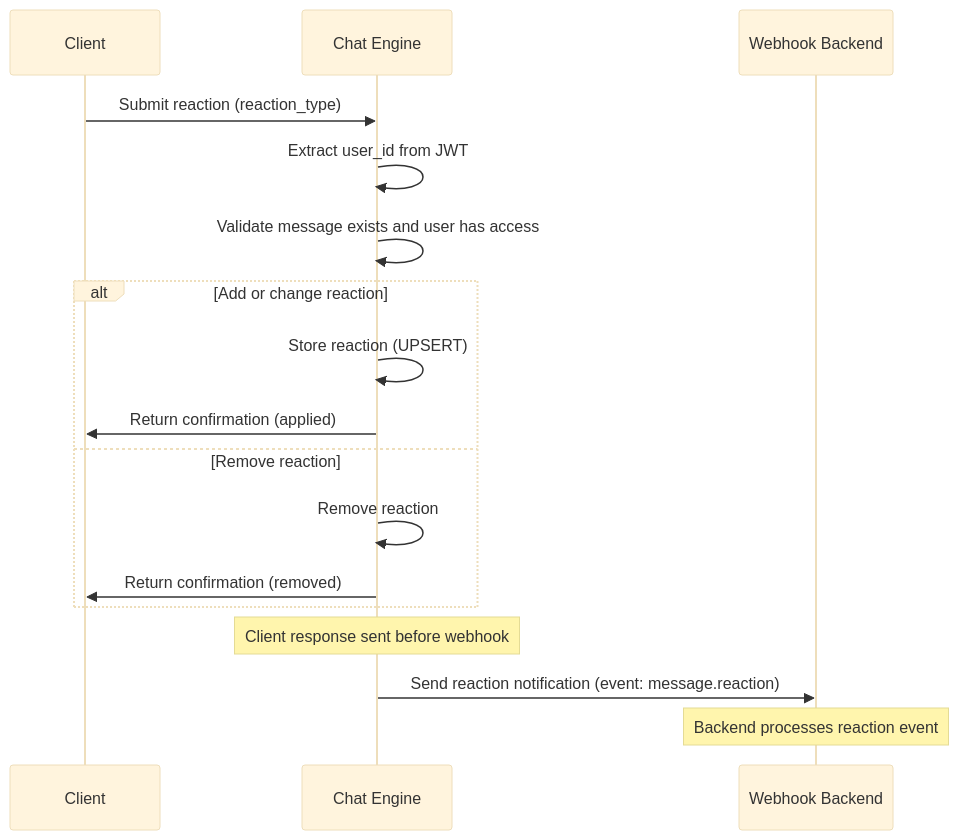
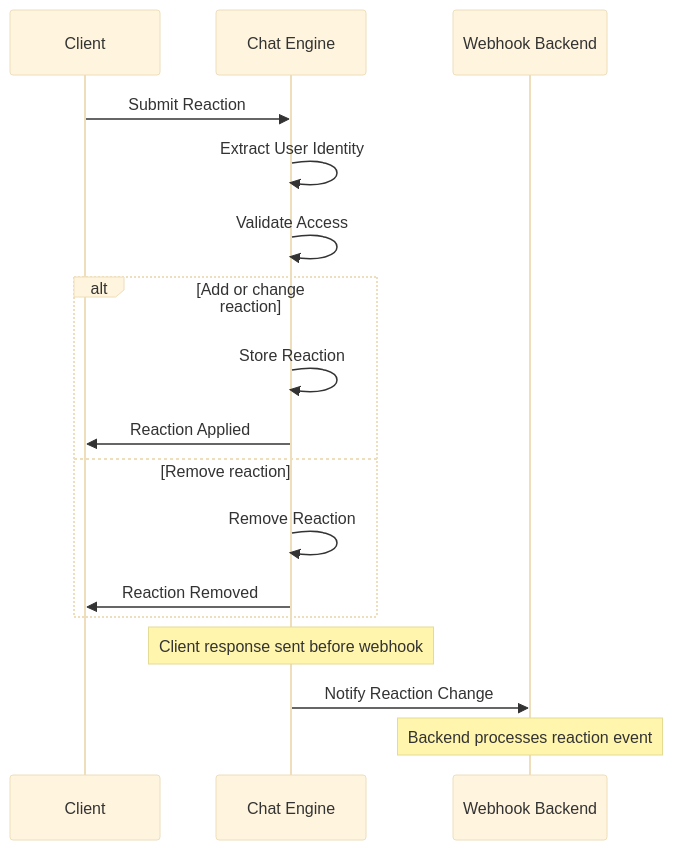
One commit to hypernetix/hyperspot changed diagram 15 of 16 in modules/chat_engine/DESIGN.md. Above: the diagram before and after it, drawn with Mermaid (base theme). The commit also changed other lines of this file and 25 other files, not shown here.

````diff
--- a/modules/chat_engine/DESIGN.md
+++ b/modules/chat_engine/DESIGN.md
@@ -871,23 +823,23 @@
 ```mermaid
 sequenceDiagram
     participant C as Client
     participant CE as Chat Engine
     participant WH as Webhook Backend
 
-    C->>CE: Submit reaction (reaction_type)
-    CE->>CE: Extract user_id from JWT
-    CE->>CE: Validate message exists and user has access
+    C->>CE: Submit Reaction
+    CE->>CE: Extract User Identity
+    CE->>CE: Validate Access
 
     alt Add or change reaction
-        CE->>CE: Store reaction (UPSERT)
-        CE->>C: Return confirmation (applied)
+        CE->>CE: Store Reaction
+        CE->>C: Reaction Applied
     else Remove reaction
-        CE->>CE: Remove reaction
-        CE->>C: Return confirmation (removed)
+        CE->>CE: Remove Reaction
+        CE->>C: Reaction Removed
     end
 
     Note over CE: Client response sent before webhook
 
-    CE->>WH: Send reaction notification (event: message.reaction)
+    CE->>WH: Notify Reaction Change
     Note over WH: Backend processes reaction event
 ```
````
